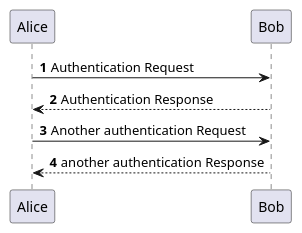
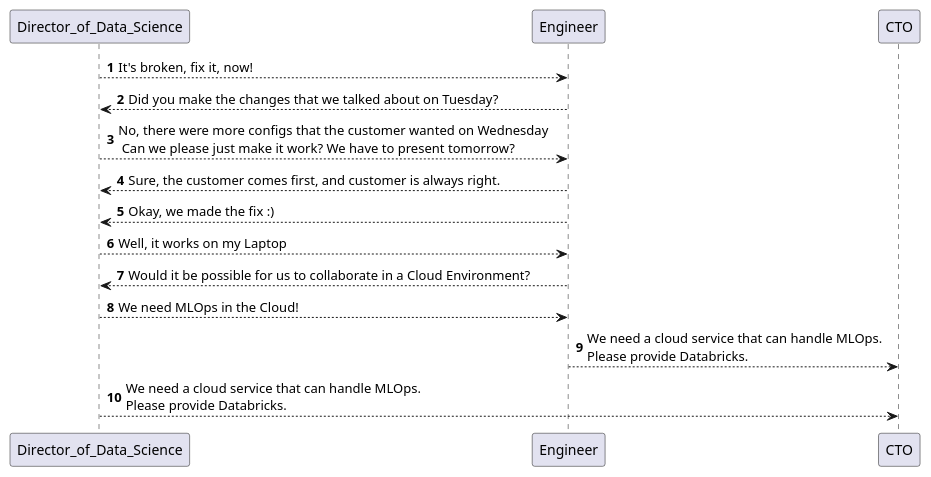
Before and after one commit to TechR10n/dbrx_ml_eng_cases: the diagram in uml/greenfield_mlops_aws.puml, drawn with PlantUML.

Commit message:
Started Sequence Diagram

```diff
--- a/uml/greenfield_mlops_aws.puml
+++ b/uml/greenfield_mlops_aws.puml
@@ -1,13 +1,24 @@
 @startuml
 'https://plantuml.com/sequence-diagram
 
 autonumber
 
-Alice -> Bob: Authentication Request
-Bob --> Alice: Authentication Response
+' Alice -> Bob: Authentication Request
+' Bob --> Alice: Authentication Response
 
-Alice -> Bob: Another authentication Request
-' comment
-' comment 1
-Alice <-- Bob: another authentication Response
+' Alice -> Bob: Another authentication Request
+' Alice <-- Bob: another authentication Response
+Director_of_Data_Science --> Engineer : It's broken, fix it, now!
+Engineer --> Director_of_Data_Science : Did you make the changes that we talked about on Tuesday?
+Director_of_Data_Science --> Engineer : No, there were more configs that the customer wanted on Wednesday \n Can we please just make it work? We have to present tomorrow?
+Engineer --> Director_of_Data_Science : Sure, the customer comes first, and customer is always right.
+Engineer --> Director_of_Data_Science : Okay, we made the fix :)
+
+Director_of_Data_Science --> Engineer : Well, it works on my Laptop
+Engineer --> Director_of_Data_Science : Would it be possible for us to collaborate in a Cloud Environment?
+Director_of_Data_Science --> Engineer : We need MLOps in the Cloud!
+
+Engineer --> CTO : We need a cloud service that can handle MLOps.\nPlease provide Databricks.
+Director_of_Data_Science --> CTO : We need a cloud service that can handle MLOps.\nPlease provide Databricks.
+
 @enduml
```
